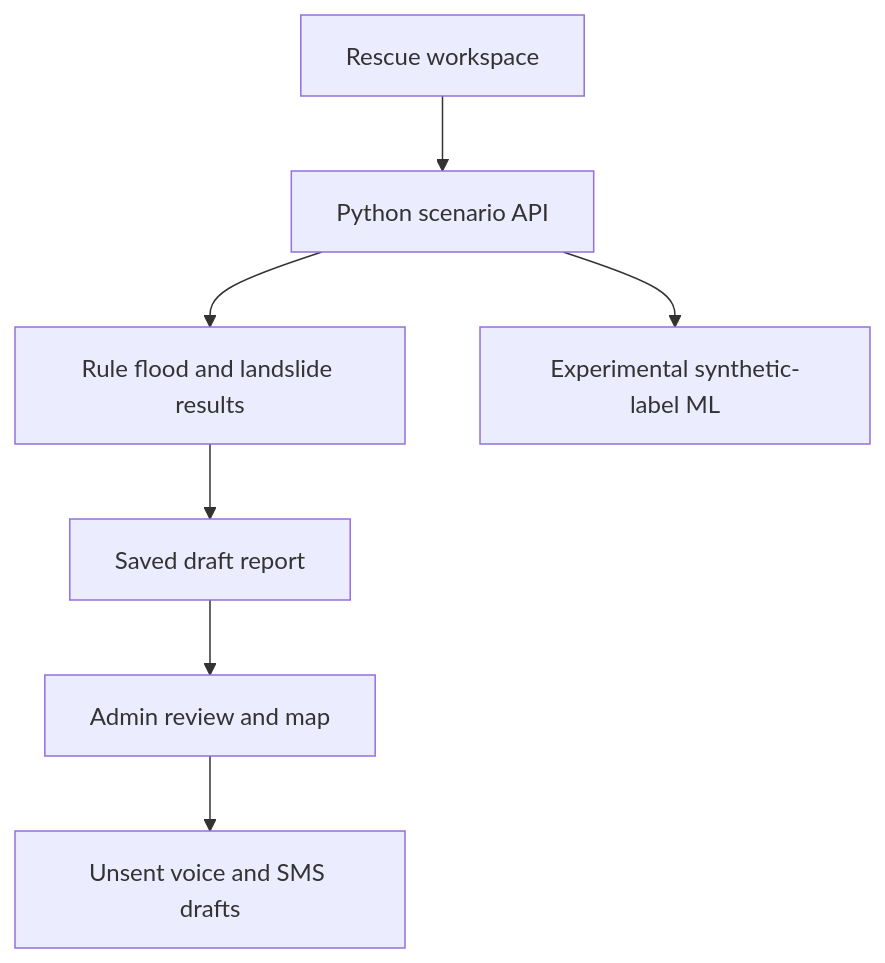
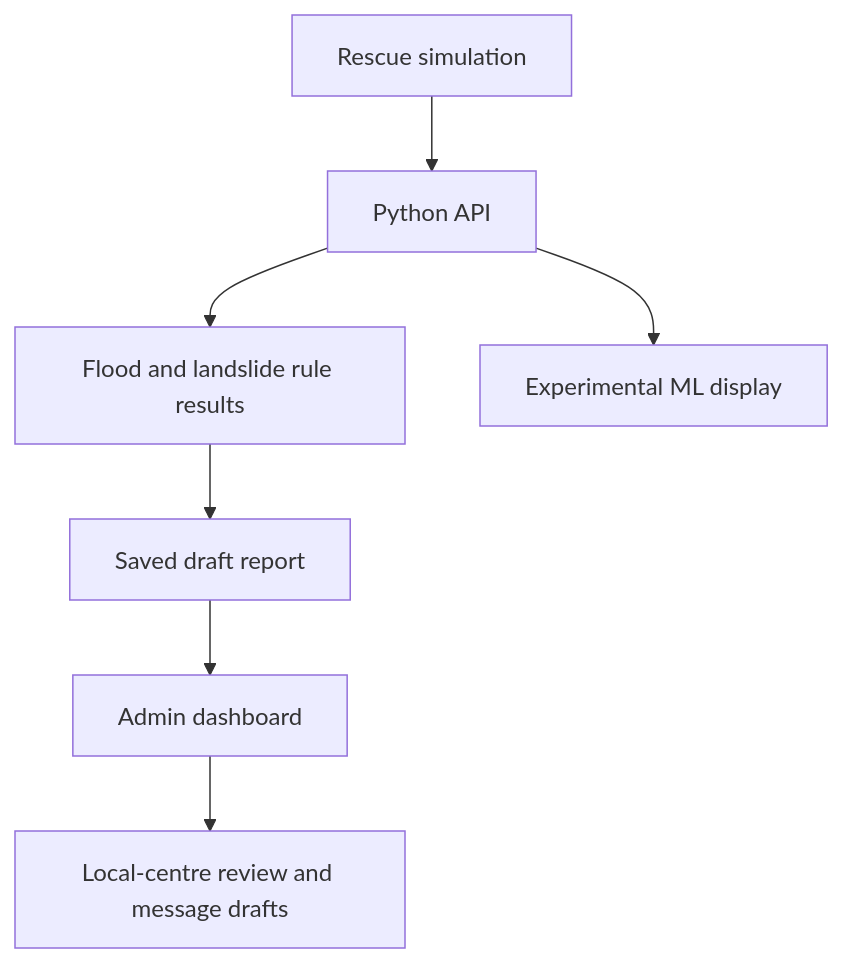
Before and after one commit to ELaKI-YA/PRANAVANI-voice-of-life-HAZARD-MANAGAMENT-SYSTEM: the diagram in README.md, drawn with Mermaid. The commit also changed other lines of this file, not shown here.

````diff
--- a/README.md
+++ b/README.md
@@ -72,9 +104,9 @@
-```mermaid
+~~~mermaid
 flowchart TD
-    A["Rescue workspace"] --> B["Python scenario API"]
-    B --> C["Rule flood and landslide results"]
-    B --> D["Experimental synthetic-label ML"]
+    A["Rescue simulation"] --> B["Python API"]
+    B --> C["Flood and landslide rule results"]
+    B --> D["Experimental ML display"]
     C --> E["Saved draft report"]
-    E --> F["Admin review and map"]
-    F --> G["Unsent voice and SMS drafts"]
-```
+    E --> F["Admin dashboard"]
+    F --> G["Local-centre review and message drafts"]
+~~~
````
